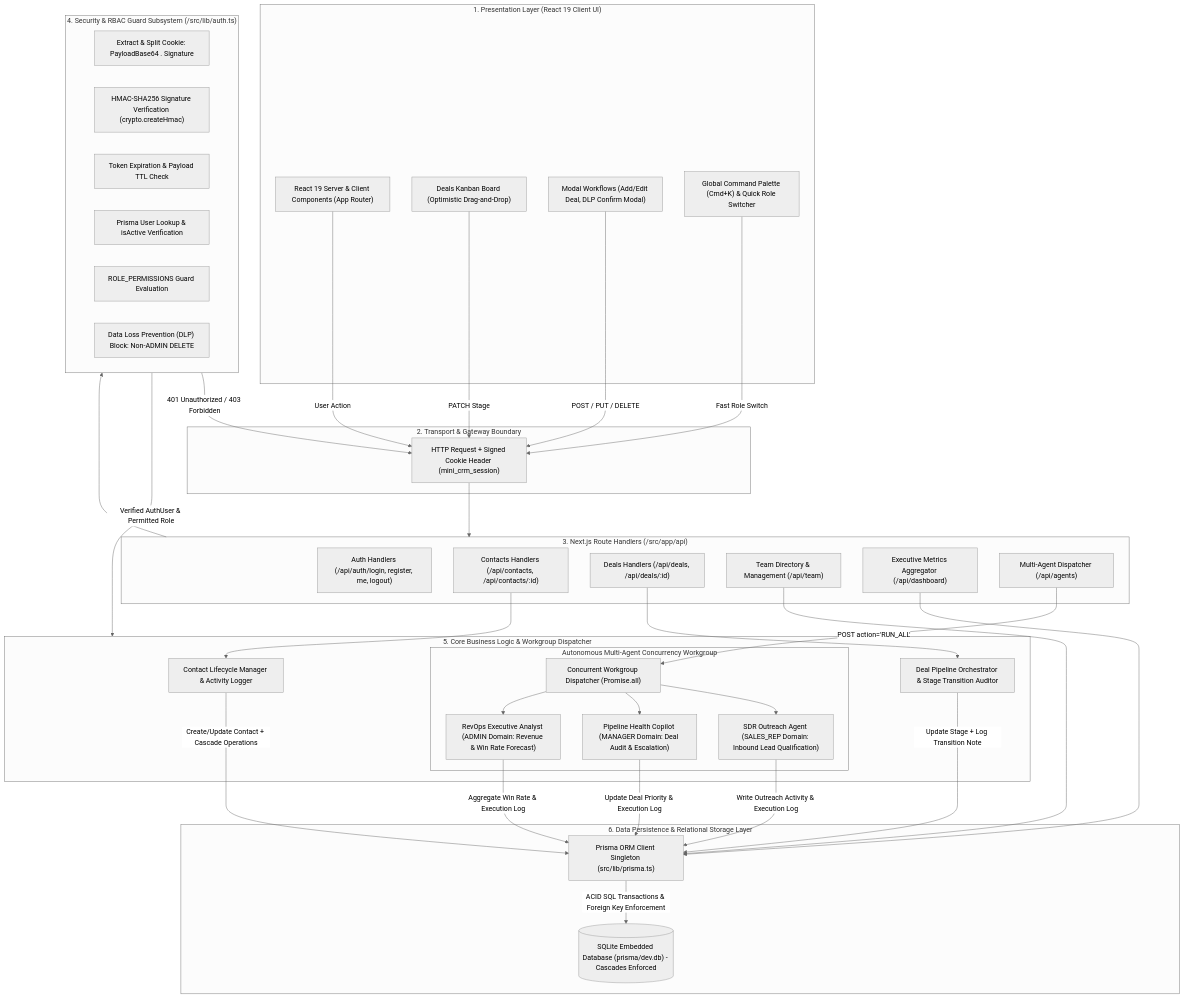
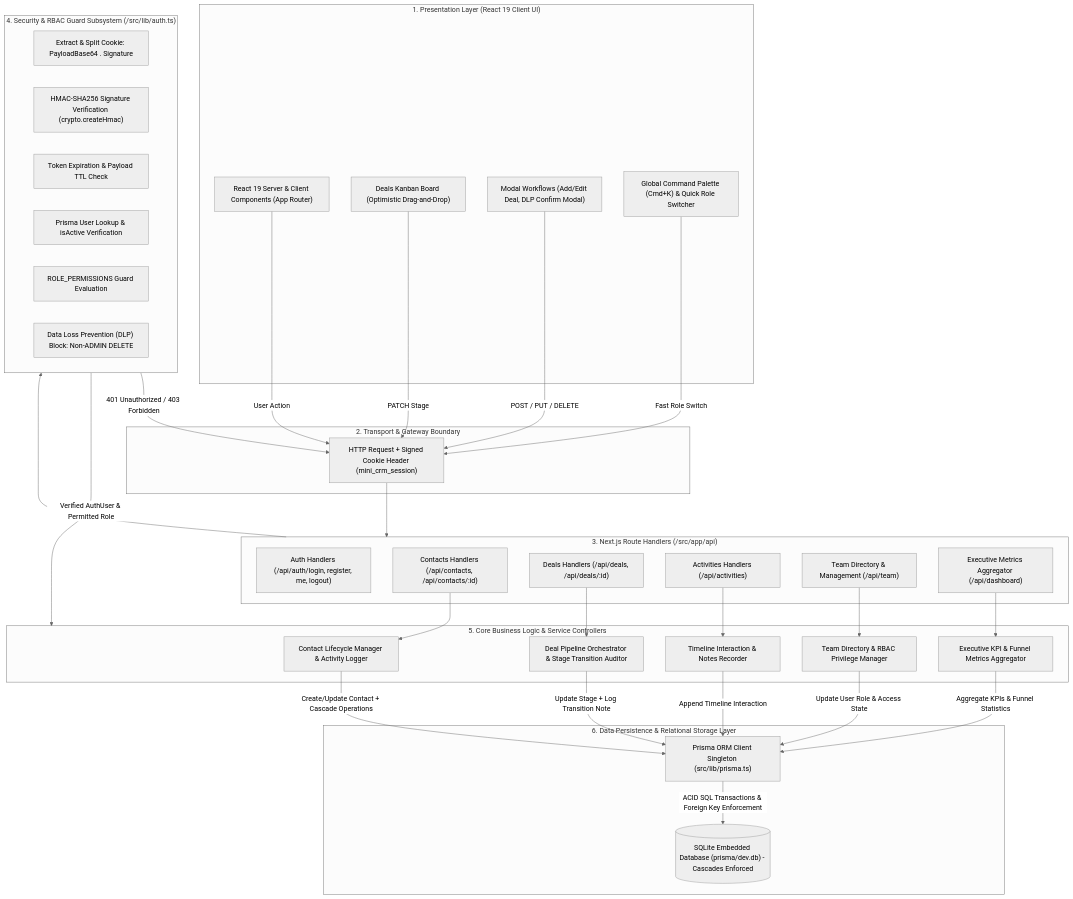
The first of 3 diagrams in ARCHITECTURE.md (Luthfi2000/mini-crm-portfolio), drawn with Mermaid (neutral theme) before and after one commit. The commit also changed other lines of this file and 9 other files, not shown here.

Commit message:
refactor: remove in-app agent simulation and align architecture with production CRM specifications

````diff
--- a/ARCHITECTURE.md
+++ b/ARCHITECTURE.md
@@ -40,78 +40,69 @@
 ```mermaid
 flowchart TD
     subgraph ClientLayer["1. Presentation Layer (React 19 Client UI)"]
         UI["React 19 Server & Client Components (App Router)"]
         Kanban["Deals Kanban Board (Optimistic Drag-and-Drop)"]
         Modals["Modal Workflows (Add/Edit Deal, DLP Confirm Modal)"]
         CmdPalette["Global Command Palette (Cmd+K) & Quick Role Switcher"]
     end
 
     subgraph TransportLayer["2. Transport & Gateway Boundary"]
         HTTPReq["HTTP Request + Signed Cookie Header (mini_crm_session)"]
     end
 
     subgraph APIRoutes["3. Next.js Route Handlers (/src/app/api)"]
         AuthRoutes["Auth Handlers (/api/auth/login, register, me, logout)"]
         ContactsRoutes["Contacts Handlers (/api/contacts, /api/contacts/:id)"]
         DealsRoutes["Deals Handlers (/api/deals, /api/deals/:id)"]
+        ActivitiesRoutes["Activities Handlers (/api/activities)"]
         TeamRoutes["Team Directory & Management (/api/team)"]
         DashboardRoutes["Executive Metrics Aggregator (/api/dashboard)"]
-        AgentRoutes["Multi-Agent Dispatcher (/api/agents)"]
     end
 
     subgraph SecuritySubsystem["4. Security & RBAC Guard Subsystem (/src/lib/auth.ts)"]
         CookieParser["Extract & Split Cookie: PayloadBase64 . Signature"]
         HMACVerifier["HMAC-SHA256 Signature Verification (crypto.createHmac)"]
         TTLCheck["Token Expiration & Payload TTL Check"]
         UserLookup["Prisma User Lookup & isActive Verification"]
         RBACGuard["ROLE_PERMISSIONS Guard Evaluation"]
         DLPPolicy["Data Loss Prevention (DLP) Block: Non-ADMIN DELETE"]
     end
 
-    subgraph ServiceLayer["5. Core Business Logic & Workgroup Dispatcher"]
+    subgraph ServiceLayer["5. Core Business Logic & Service Controllers"]
         ContactService["Contact Lifecycle Manager & Activity Logger"]
         DealService["Deal Pipeline Orchestrator & Stage Transition Auditor"]
-        
-        subgraph AgentEngine["Autonomous Multi-Agent Concurrency Workgroup"]
-            WorkgroupDispatcher["Concurrent Workgroup Dispatcher (Promise.all)"]
-            SDRAgent["SDR Outreach Agent (SALES_REP Domain: Inbound Lead Qualification)"]
-            CopilotAgent["Pipeline Health Copilot (MANAGER Domain: Deal Audit & Escalation)"]
-            RevOpsAgent["RevOps Executive Analyst (ADMIN Domain: Revenue & Win Rate Forecast)"]
-        end
+        ActivityService["Timeline Interaction & Notes Recorder"]
+        TeamService["Team Directory & RBAC Privilege Manager"]
+        DashboardService["Executive KPI & Funnel Metrics Aggregator"]
     end
 
     subgraph PersistenceLayer["6. Data Persistence & Relational Storage Layer"]
         PrismaClient["Prisma ORM Client Singleton (src/lib/prisma.ts)"]
         SQLiteDB[("SQLite Embedded Database (prisma/dev.db) - Cascades Enforced")]
     end
 
     UI -->|"User Action"| HTTPReq
     Kanban -->|"PATCH Stage"| HTTPReq
     Modals -->|"POST / PUT / DELETE"| HTTPReq
     CmdPalette -->|"Fast Role Switch"| HTTPReq
 
     HTTPReq --> APIRoutes
 
     APIRoutes --> SecuritySubsystem
     SecuritySubsystem -->|"401 Unauthorized / 403 Forbidden"| HTTPReq
     SecuritySubsystem -->|"Verified AuthUser & Permitted Role"| ServiceLayer
 
-    AgentRoutes -->|"POST action='RUN_ALL'"| WorkgroupDispatcher
-    WorkgroupDispatcher --> SDRAgent
-    WorkgroupDispatcher --> CopilotAgent
-    WorkgroupDispatcher --> RevOpsAgent
-
-    SDRAgent -->|"Write Outreach Activity & Execution Log"| PrismaClient
-    CopilotAgent -->|"Update Deal Priority & Execution Log"| PrismaClient
-    RevOpsAgent -->|"Aggregate Win Rate & Execution Log"| PrismaClient
-
     ContactsRoutes --> ContactService
     DealsRoutes --> DealService
-    TeamRoutes --> PrismaClient
-    DashboardRoutes --> PrismaClient
+    ActivitiesRoutes --> ActivityService
+    TeamRoutes --> TeamService
+    DashboardRoutes --> DashboardService
 
     ContactService -->|"Create/Update Contact + Cascade Operations"| PrismaClient
     DealService -->|"Update Stage + Log Transition Note"| PrismaClient
+    ActivityService -->|"Append Timeline Interaction"| PrismaClient
+    TeamService -->|"Update User Role & Access State"| PrismaClient
+    DashboardService -->|"Aggregate KPIs & Funnel Statistics"| PrismaClient
 
     PrismaClient -->|"ACID SQL Transactions & Foreign Key Enforcement"| SQLiteDB
 ```
````
